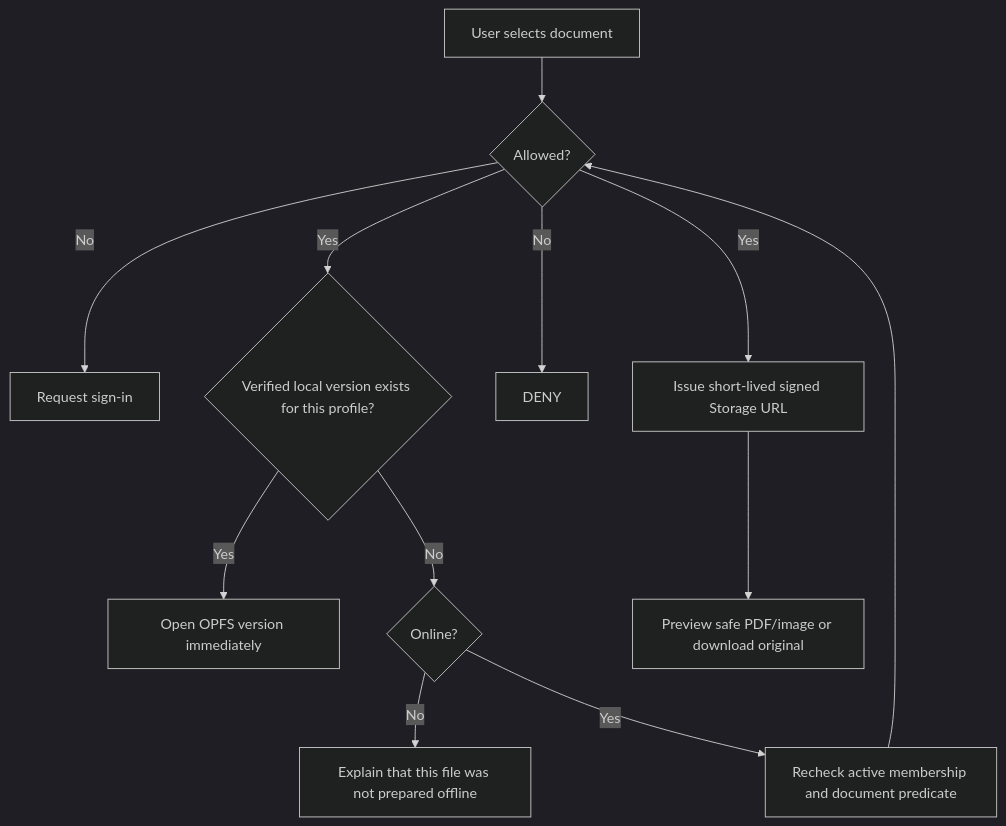
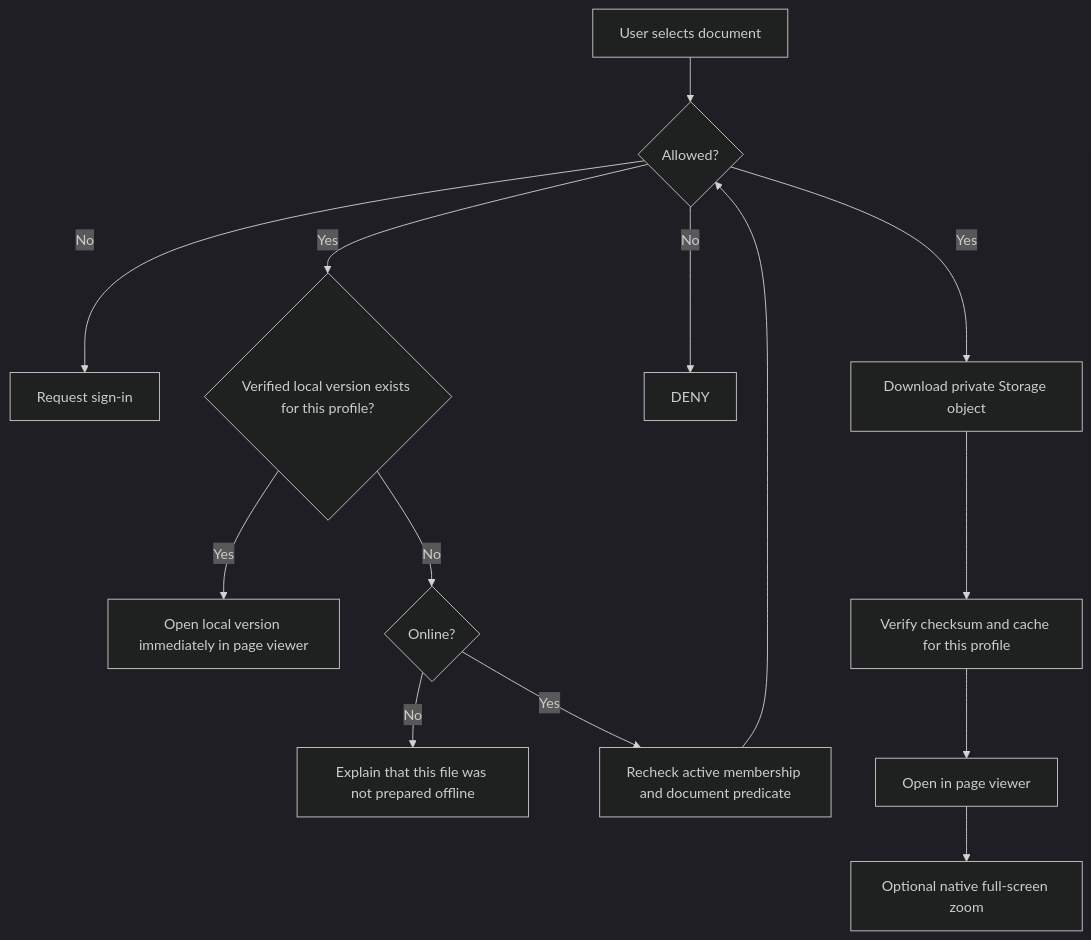
One commit to shantanu1258/trip-vault changed the fifth of 13 diagrams in docs/LOW_LEVEL_DESIGN.md. Above: the diagram before and after it, drawn with Mermaid (dark theme). The commit also changed other lines of this file and 61 other files, not shown here.

First line of the commit message:
feat: redesign trip timeline and document experience

````diff
--- a/docs/LOW_LEVEL_DESIGN.md
+++ b/docs/LOW_LEVEL_DESIGN.md
@@ -945,14 +992,16 @@
 ```mermaid
 flowchart TD
     A[User selects document] --> P{Current signed-in or offline-enrolled profile?}
     P -- No --> SIGNIN[Request sign-in]
     P -- Yes --> B{Verified local version exists for this profile?}
-    B -- Yes --> L[Open OPFS version immediately]
+    B -- Yes --> L[Open local version immediately in page viewer]
     B -- No --> N{Online?}
     N -- No --> MISS[Explain that this file was not prepared offline]
     N -- Yes --> R[Recheck active membership and document predicate]
     R --> P{Allowed?}
     P -- No --> DENY
-    P -- Yes --> U[Issue short-lived signed Storage URL]
-    U --> V[Preview safe PDF/image or download original]
+    P -- Yes --> U[Download private Storage object]
+    U --> C[Verify checksum and cache for this profile]
+    C --> V[Open in page viewer]
+    V --> F[Optional native full-screen zoom]
 ```
````
